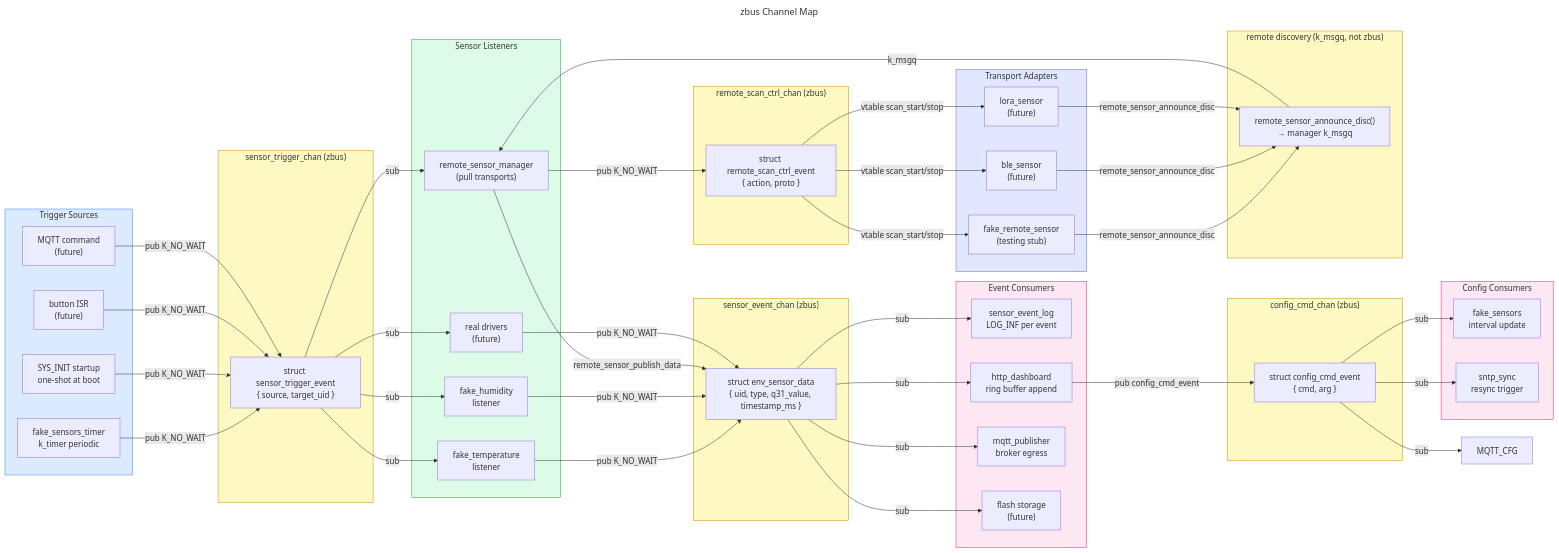
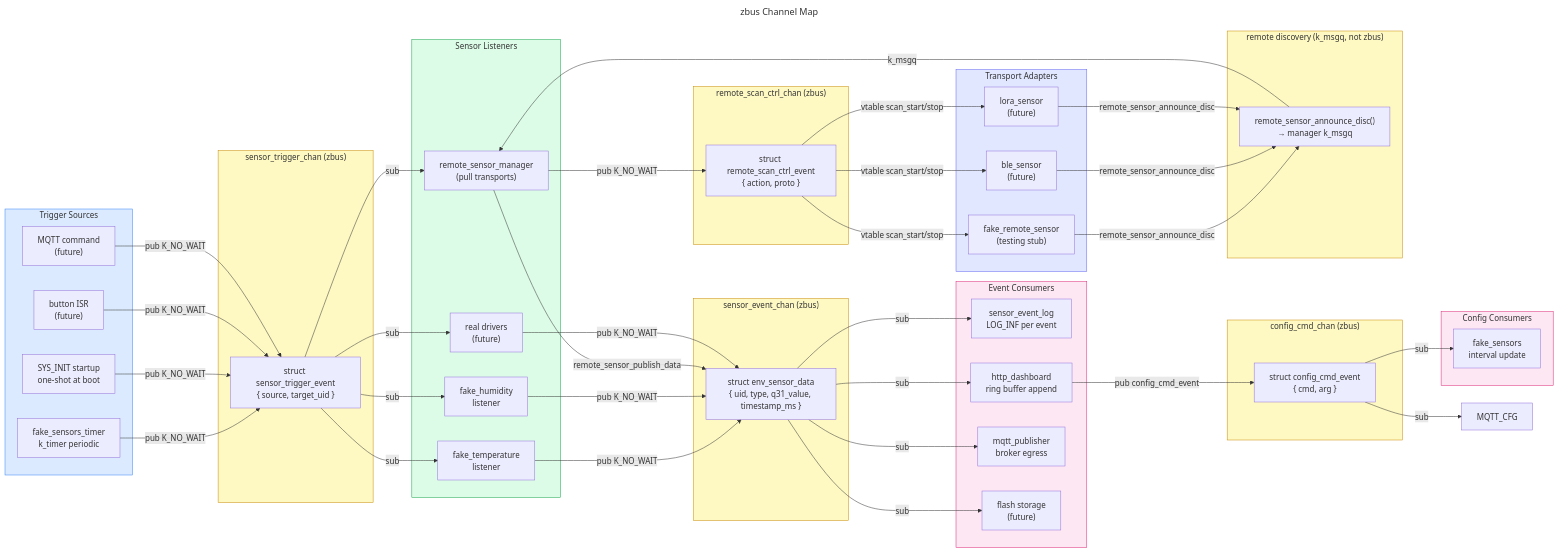
The diagram in docs/architecture/diagrams/zbus-channels.mmd (tobiwan88/weather-station), drawn with Mermaid before and after one commit. The commit also changed 37 other files, not shown here.

```diff
--- a/docs/architecture/diagrams/zbus-channels.mmd
+++ b/docs/architecture/diagrams/zbus-channels.mmd
@@ -1,101 +1,99 @@
 ---
 title: zbus Channel Map
 ---
 graph LR
     subgraph TRIGGERS["Trigger Sources"]
         TMR["fake_sensors_timer\nk_timer periodic"]
         BOOT["SYS_INIT startup\none-shot at boot"]
         BTN["button ISR\n(future)"]
         MQTT_CMD["MQTT command\n(future)"]
     end
 
     subgraph CHAN_T["sensor_trigger_chan (zbus)"]
         ST["struct sensor_trigger_event\n{ source, target_uid }"]
     end
 
     subgraph SENSORS["Sensor Listeners"]
         FT["fake_temperature\nlistener"]
         FH["fake_humidity\nlistener"]
         RSM["remote_sensor_manager\n(pull transports)"]
         RD["real drivers\n(future)"]
     end
 
     subgraph CHAN_E["sensor_event_chan (zbus)"]
         SE["struct env_sensor_data\n{ uid, type, q31_value, timestamp_ms }"]
     end
 
     subgraph CONSUMERS["Event Consumers"]
         SEL["sensor_event_log\nLOG_INF per event"]
         HTTPL["http_dashboard\nring buffer append"]
         MQTTP["mqtt_publisher\nbroker egress"]
         FLASH["flash storage\n(future)"]
     end
 
     subgraph CHAN_CFG["config_cmd_chan (zbus)"]
         CC["struct config_cmd_event\n{ cmd, arg }"]
     end
 
     subgraph CFG_CONSUMERS["Config Consumers"]
         FS_CFG["fake_sensors\ninterval update"]
-        SNTP_CFG["sntp_sync\nresync trigger"]
     end
 
     subgraph CHAN_DISC["remote discovery (k_msgq, not zbus)"]
         RD2["remote_sensor_announce_disc()\n→ manager k_msgq"]
     end
 
     subgraph CHAN_SCAN["remote_scan_ctrl_chan (zbus)"]
         SC["struct remote_scan_ctrl_event\n{ action, proto }"]
     end
 
     subgraph TRANSPORTS["Transport Adapters"]
         FAKE_T["fake_remote_sensor\n(testing stub)"]
         BLE_T["ble_sensor\n(future)"]
         LORA_T["lora_sensor\n(future)"]
     end
 
     TMR -->|pub K_NO_WAIT| ST
     BOOT -->|pub K_NO_WAIT| ST
     BTN -->|pub K_NO_WAIT| ST
     MQTT_CMD -->|pub K_NO_WAIT| ST
 
     ST -->|sub| FT
     ST -->|sub| FH
     ST -->|sub| RSM
     ST -->|sub| RD
 
     FT -->|pub K_NO_WAIT| SE
     FH -->|pub K_NO_WAIT| SE
     RSM -->|remote_sensor_publish_data| SE
     RD -->|pub K_NO_WAIT| SE
 
     SE -->|sub| SEL
     SE -->|sub| HTTPL
     SE -->|sub| MQTTP
     SE -->|sub| FLASH
 
     HTTPL -->|pub config_cmd_event| CC
     CC -->|sub| FS_CFG
-    CC -->|sub| SNTP_CFG
     CC -->|sub| MQTT_CFG
 
     FAKE_T -->|remote_sensor_announce_disc| RD2
     BLE_T -->|remote_sensor_announce_disc| RD2
     LORA_T -->|remote_sensor_announce_disc| RD2
     RD2 -->|k_msgq| RSM
 
     RSM -->|pub K_NO_WAIT| SC
     SC -->|vtable scan_start/stop| FAKE_T
     SC -->|vtable scan_start/stop| BLE_T
     SC -->|vtable scan_start/stop| LORA_T
 
     style CHAN_T fill:#fef9c3,stroke:#ca8a04
     style CHAN_E fill:#fef9c3,stroke:#ca8a04
     style CHAN_CFG fill:#fef9c3,stroke:#ca8a04
     style CHAN_DISC fill:#fef9c3,stroke:#ca8a04
     style CHAN_SCAN fill:#fef9c3,stroke:#ca8a04
     style TRIGGERS fill:#dbeafe,stroke:#3b82f6
     style SENSORS fill:#dcfce7,stroke:#16a34a
     style CONSUMERS fill:#fce7f3,stroke:#db2777
     style CFG_CONSUMERS fill:#fce7f3,stroke:#db2777
     style TRANSPORTS fill:#e0e7ff,stroke:#6366f1
```
